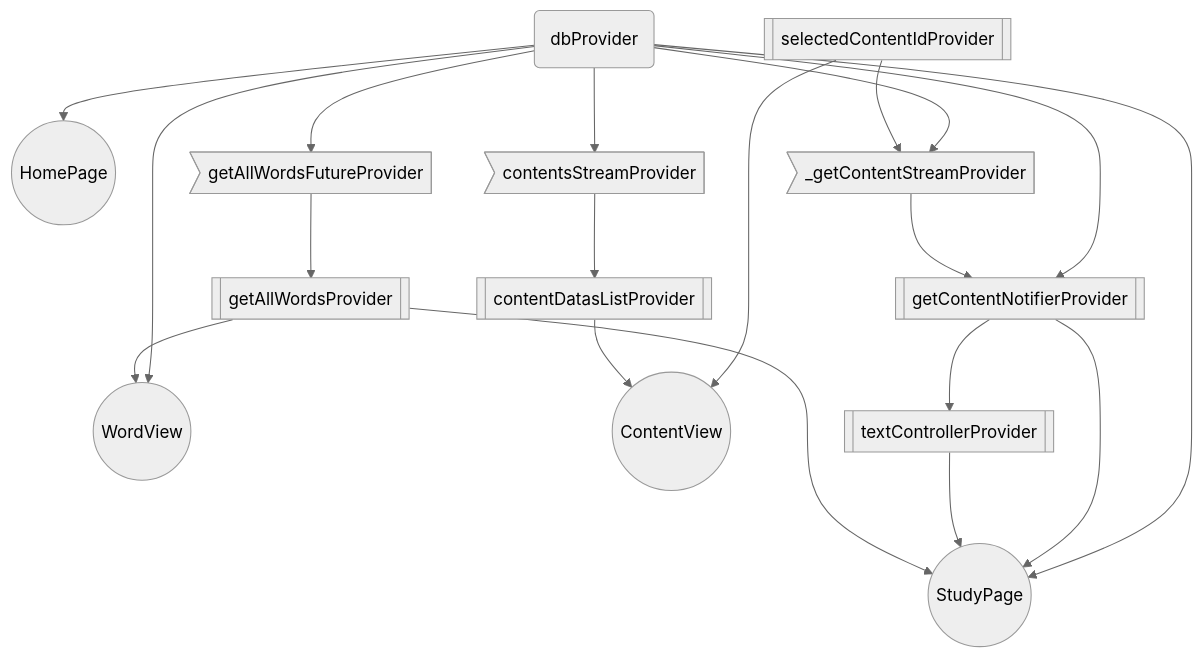
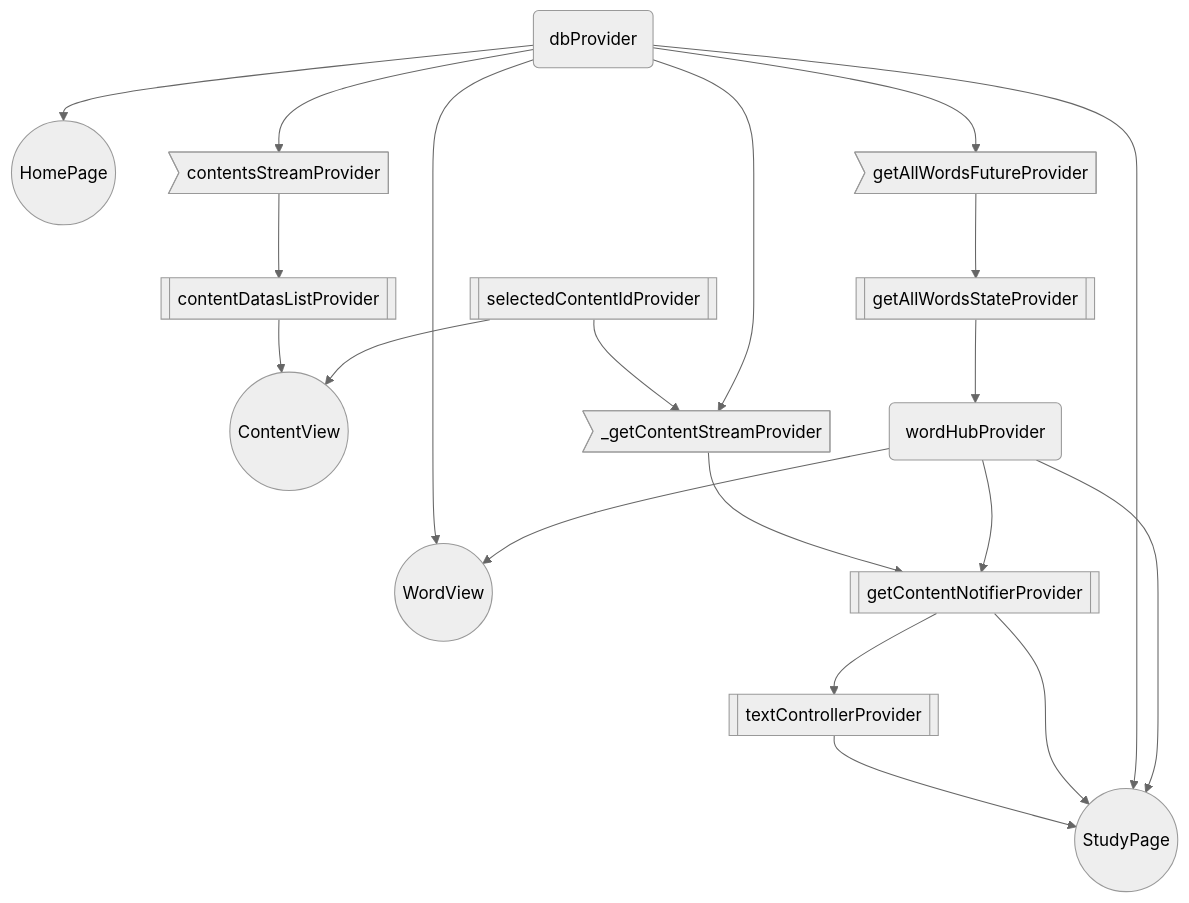
The diagram in riverpod_diagram.md (hpn33/landlearn), drawn with Mermaid (neutral theme) before and after one commit. The commit also changed 5 other files, not shown here.

Commit message:
use wordHub

````diff
--- a/riverpod_diagram.md
+++ b/riverpod_diagram.md
@@ -2,41 +2,42 @@
 ```mermaid
 graph TD;
 
 
-9(dbProvider) --> 2((HomePage)) ;
+
+10(dbProvider) --> 3((HomePage)) ;
+
+9(wordHubProvider) --> 4((StudyPage)) ;
+10(dbProvider) --> 4((StudyPage)) ;
+13[[getContentNotifierProvider]] --> 4((StudyPage)) ;
+14[[textControllerProvider]] --> 4((StudyPage)) ;
 
 
 
-9(dbProvider) --> 5((StudyPage)) ;
-12[[getContentNotifierProvider]] --> 5((StudyPage)) ;
-13[[textControllerProvider]] --> 5((StudyPage)) ;
-18[[getAllWordsProvider]] --> 5((StudyPage)) ;
+9(wordHubProvider) --> 7((WordView)) ;
+10(dbProvider) --> 7((WordView)) ;
 
+11[[selectedContentIdProvider]] --> 8((ContentView)) ;
+16[[contentDatasListProvider]] --> 8((ContentView)) ;
 
-9(dbProvider) --> 7((WordView)) ;
-18[[getAllWordsProvider]] --> 7((WordView)) ;
-
-10[[selectedContentIdProvider]] --> 8((ContentView)) ;
-15[[contentDatasListProvider]] --> 8((ContentView)) ;
+18[[getAllWordsStateProvider]] --> 9(wordHubProvider) ;
 
 
 
-9(dbProvider) --> 11>_getContentStreamProvider] ;
-10[[selectedContentIdProvider]] --> 11>_getContentStreamProvider] ;
+10(dbProvider) --> 12>_getContentStreamProvider] ;
+11[[selectedContentIdProvider]] --> 12>_getContentStreamProvider] ;
 
-9(dbProvider) --> 12[[getContentNotifierProvider]] ;
-11>_getContentStreamProvider] --> 12[[getContentNotifierProvider]] ;
+9(wordHubProvider) --> 13[[getContentNotifierProvider]] ;
+12>_getContentStreamProvider] --> 13[[getContentNotifierProvider]] ;
 
-12[[getContentNotifierProvider]] --> 13[[textControllerProvider]] ;
+13[[getContentNotifierProvider]] --> 14[[textControllerProvider]] ;
 
-9(dbProvider) --> 14>contentsStreamProvider] ;
+10(dbProvider) --> 15>contentsStreamProvider] ;
 
-14>contentsStreamProvider] --> 15[[contentDatasListProvider]] ;
+15>contentsStreamProvider] --> 16[[contentDatasListProvider]] ;
 
+10(dbProvider) --> 17>getAllWordsFutureProvider] ;
 
-9(dbProvider) --> 17>getAllWordsFutureProvider] ;
-
-17>getAllWordsFutureProvider] --> 18[[getAllWordsProvider]] ;
+17>getAllWordsFutureProvider] --> 18[[getAllWordsStateProvider]] ;
 
 
 ```
````
